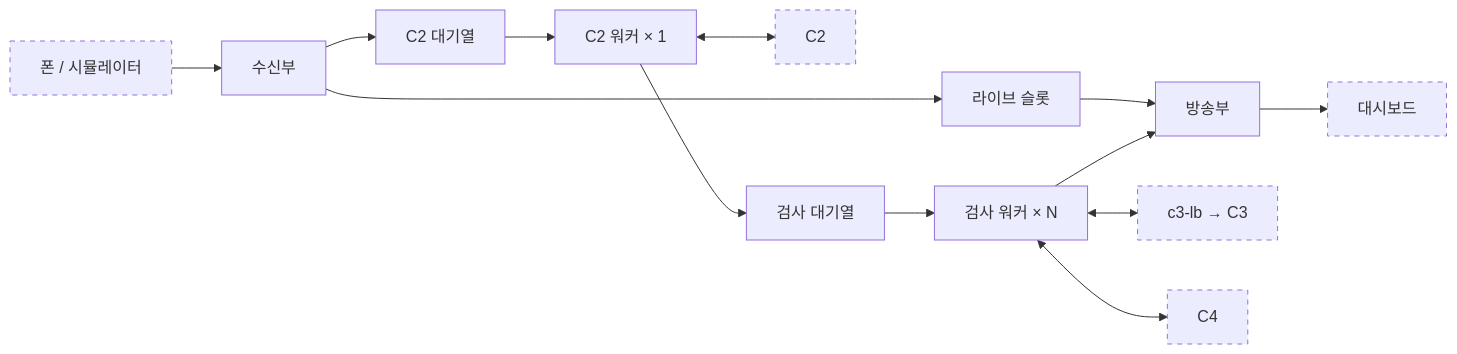
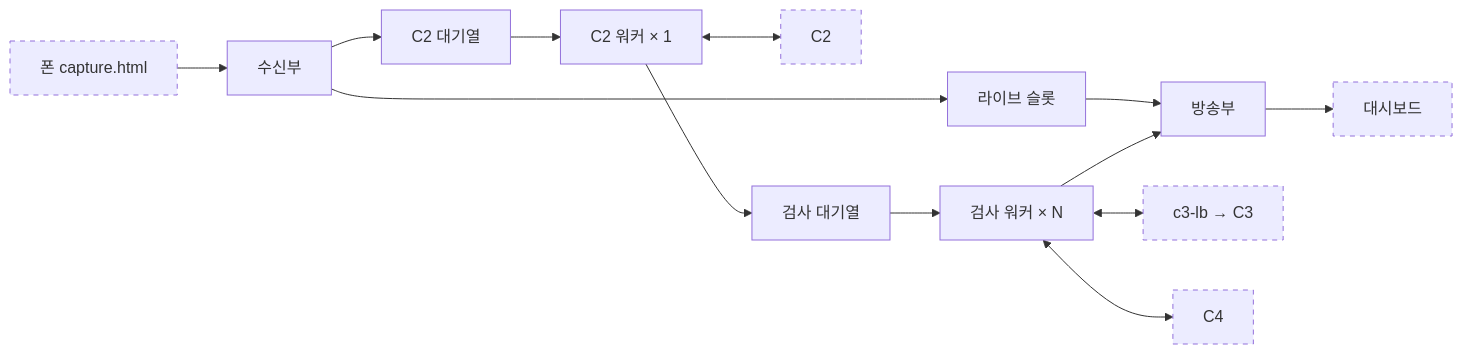
Before and after one commit to jeongwan-ryu/physical-ai-team: the second of 2 diagrams in pocketfactory/docs/design.md, drawn with Mermaid. The commit also changed other lines of this file, not shown here.

````diff
--- a/pocketfactory/docs/design.md
+++ b/pocketfactory/docs/design.md
@@ -51,13 +51,13 @@
 ```mermaid
 graph LR
-  src[폰 / 시뮬레이터] --> rx[수신부]
+  src[폰 capture.html] --> rx[수신부]
   rx --> live[라이브 슬롯] --> bc[방송부]
   rx --> q2[C2 대기열] --> w2[C2 워커 × 1]
   w2 <--> C2[C2]
   w2 --> qi[검사 대기열] --> wi[검사 워커 × N]
   wi <--> C3[c3-lb → C3]
   wi <--> C4[C4]
   wi --> bc --> dash[대시보드]
   classDef ext stroke-dasharray: 5 5
   class src,C2,C3,C4,dash ext
 ```
````
